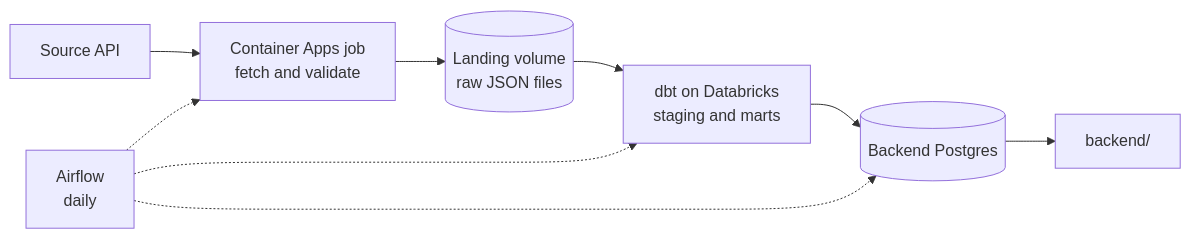
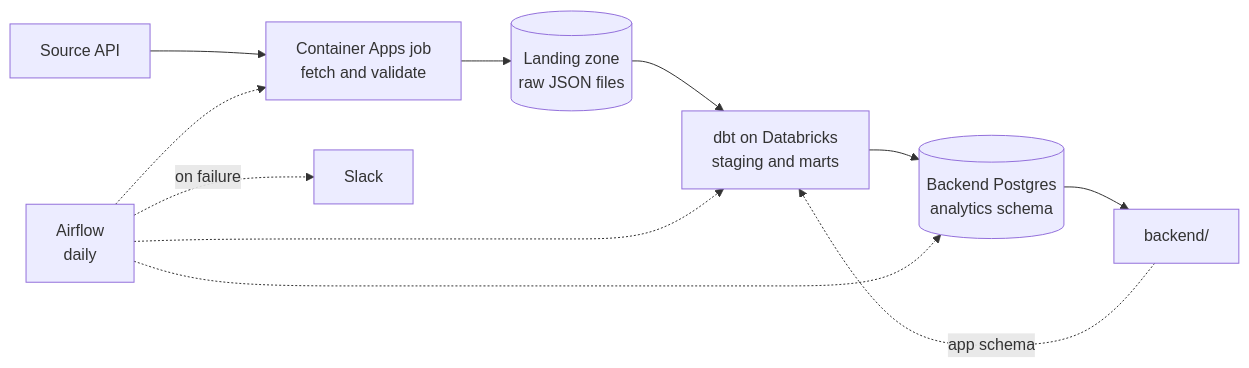
The diagram in data/README.md (HackYourFuture/final-project-template), drawn with Mermaid before and after one commit. The commit also changed other lines of this file, not shown here.

````diff
--- a/data/README.md
+++ b/data/README.md
@@ -10,11 +10,13 @@
 ```mermaid
 flowchart LR
     API["Source API"] --> ACA["Container Apps job<br/>fetch and validate"]
-    ACA --> VOL[("Landing volume<br/>raw JSON files")]
+    ACA --> VOL[("Landing zone<br/>raw JSON files")]
     VOL --> DBT["dbt on Databricks<br/>staging and marts"]
-    DBT --> PG[("Backend Postgres")]
+    DBT --> PG[("Backend Postgres<br/>analytics schema")]
     PG --> BE["backend/"]
+    BE -.->|app schema| DBT
     AF["Airflow<br/>daily"] -.-> ACA
     AF -.-> DBT
     AF -.-> PG
+    AF -.->|on failure| SL["Slack"]
 ```
````
